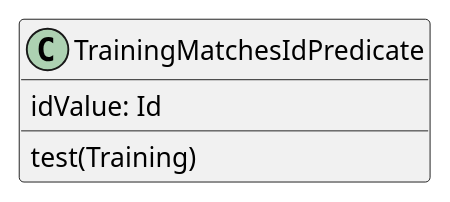
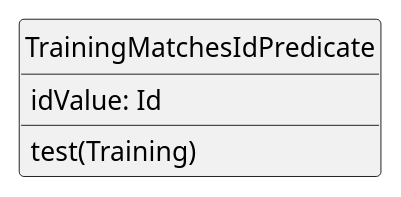
Before and after one commit to sudogene/tp: the diagram in docs/diagrams/TrainingMatchesIdPredicate.puml, drawn with PlantUML. The commit also changed 3 other files, not shown here.

Commit message:
Update class diagrams to have no class icon

```diff
--- a/docs/diagrams/TrainingMatchesIdPredicate.puml
+++ b/docs/diagrams/TrainingMatchesIdPredicate.puml
@@ -1,9 +1,10 @@
 @startuml
 
-class TrainingMatchesIdPredicate {
+hide circle
+Class TrainingMatchesIdPredicate {
 idValue: Id
 test(Training)
 }
 
 
 @enduml
```
